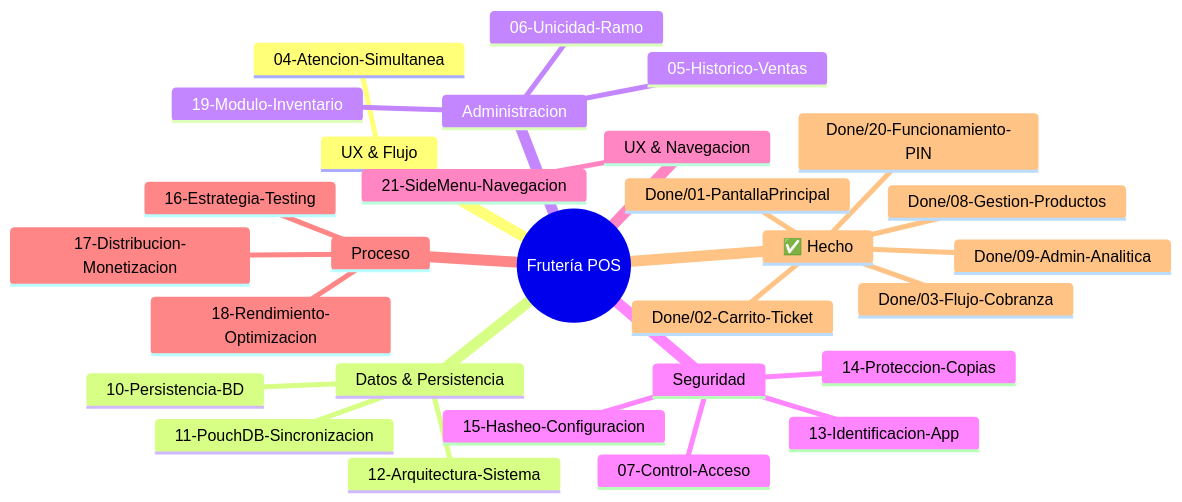
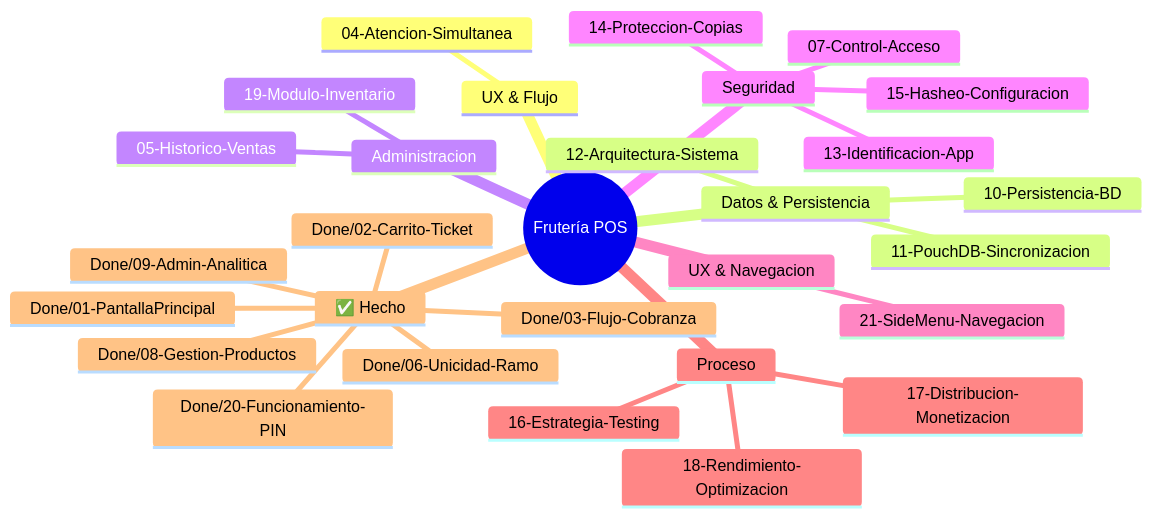
The first of 2 diagrams in BrainStorm/Main.md (mmhgarcia/fruteria), drawn with Mermaid before and after one commit. The commit also changed other lines of this file and 12 other files, not shown here.

````diff
--- a/BrainStorm/Main.md
+++ b/BrainStorm/Main.md
@@ -10,32 +10,32 @@
 ```mermaid
 mindmap
   root((Frutería POS))
     UX & Flujo
       04-Atencion-Simultanea
     Datos & Persistencia
       10-Persistencia-BD
       11-PouchDB-Sincronizacion
       12-Arquitectura-Sistema
     Administracion
       05-Historico-Ventas
-      06-Unicidad-Ramo
       19-Modulo-Inventario
     Seguridad
       07-Control-Acceso
       13-Identificacion-App
       14-Proteccion-Copias
       15-Hasheo-Configuracion
     UX & Navegacion
       21-SideMenu-Navegacion
     Proceso
       16-Estrategia-Testing
       17-Distribucion-Monetizacion
       18-Rendimiento-Optimizacion
     ✅ Hecho
       Done/01-PantallaPrincipal
       Done/02-Carrito-Ticket
       Done/03-Flujo-Cobranza
+      Done/06-Unicidad-Ramo
       Done/08-Gestion-Productos
       Done/09-Admin-Analitica
       Done/20-Funcionamiento-PIN
 ```
````
